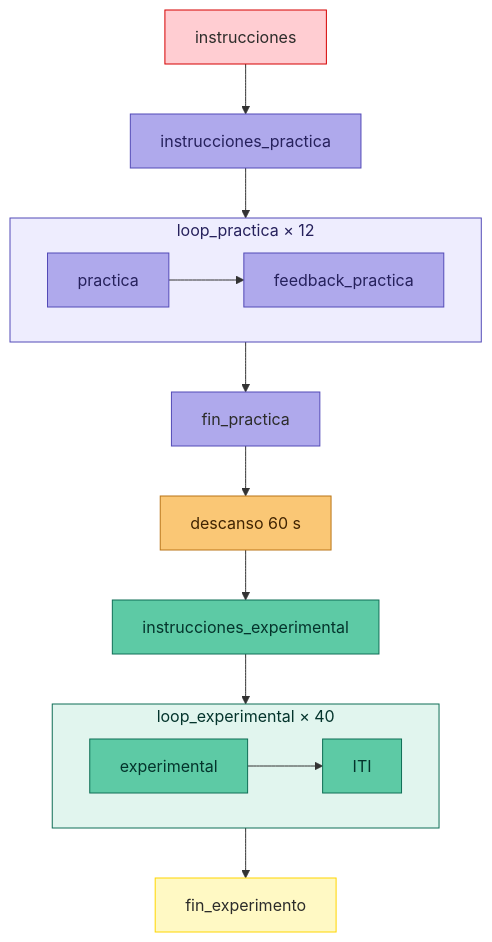
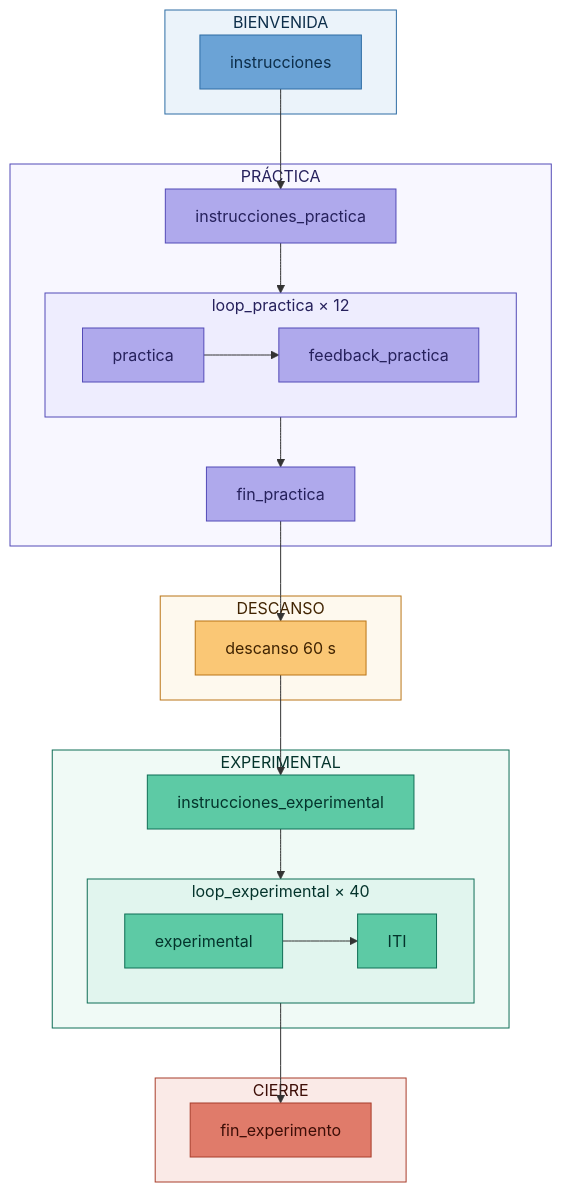
One commit to mlandaf/taller_1_emociones changed the diagram in readme.md. Above: the diagram before and after it, drawn with Mermaid. The commit also changed 1 other file, not shown here.

Commit message:
cambios de diagrama y docs

````diff
--- a/readme.md
+++ b/readme.md
@@ -67,33 +67,50 @@
 ```mermaid
-flowchart TB
- subgraph LP["loop_practica × 12"]
-        FP["feedback_practica"]
-        P["practica"]
-  end
- subgraph LE["loop_experimental × 40"]
-        ITI["ITI"]
-        EX["experimental"]
-  end
-    A["instrucciones"] --> B["instrucciones_practica"]
-    B --> LP
-    P --> FP
-    LP --> C["fin_practica"]
-    C --> D["descanso 60 s"]
-    D --> E["instrucciones_experimental"]
-    E --> LE
-    EX --> ITI
-    LE --> F["fin_experimento"]
+flowchart TD
+    subgraph SB[BIENVENIDA]
+        A[instrucciones]
+    end
+    subgraph SP[PRÁCTICA]
+        B[instrucciones_practica]
+        B --> LP
+        subgraph LP[loop_practica × 12]
+            P[practica] --> FP[feedback_practica]
+        end
+        LP --> C[fin_practica]
+    end
+    subgraph SD[DESCANSO]
+        D[descanso 60 s]
+    end
+    subgraph SE[EXPERIMENTAL]
+        E[instrucciones_experimental]
+        E --> LE
+        subgraph LE[loop_experimental × 40]
+            EX[experimental] --> ITI[ITI]
+        end
+    end
+    subgraph SC[CIERRE]
+        F[fin_experimento]
+    end
 
+    A --> B
+    C --> D
+    D --> E
+    LE --> F
+
+    style A  fill:#6BA3D6,stroke:#2E6DA4,color:#0D2E4A
+    style F  fill:#E07B6A,stroke:#A83D2B,color:#3D0E07
+    style D  fill:#FAC775,stroke:#BA7517,color:#412402
+    style B  fill:#AFA9EC,stroke:#534AB7,color:#26215C
+    style C  fill:#AFA9EC,stroke:#534AB7,color:#26215C
+    style LP fill:#EEEDFE,stroke:#534AB7,color:#26215C
+    style P  fill:#AFA9EC,stroke:#534AB7,color:#26215C
     style FP fill:#AFA9EC,stroke:#534AB7,color:#26215C
-    style P  fill:#AFA9EC,stroke:#534AB7,color:#26215C
-    style ITI fill:#5DCAA5,stroke:#0F6E56,color:#04342C
-    style EX fill:#5DCAA5,stroke:#0F6E56,color:#04342C
-    style A  fill:#D3D1C7,stroke:#D50000,color:#2C2C2A,fill:#FFCDD2
-    style B  fill:#AFA9EC,stroke:#534AB7,color:#26215C
-    style LP fill:#EEEDFE,stroke:#534AB7,color:#26215C
-    style C  fill:#D3D1C7,stroke:#534AB7,color:#2C2C2A,fill:#AFA9EC
-    style D  fill:#FAC775,stroke:#BA7517,color:#412402
     style E  fill:#5DCAA5,stroke:#0F6E56,color:#04342C
     style LE fill:#E1F5EE,stroke:#0F6E56,color:#04342C
-    style F  fill:#D3D1C7,stroke:#FFD600,color:#2C2C2A,fill:#FFF9C4
+    style EX fill:#5DCAA5,stroke:#0F6E56,color:#04342C
+    style ITI fill:#5DCAA5,stroke:#0F6E56,color:#04342C
+    style SB fill:#EBF3FA,stroke:#2E6DA4,color:#0D2E4A
+    style SP fill:#F8F7FF,stroke:#534AB7,color:#26215C
+    style SD fill:#FEF9EE,stroke:#BA7517,color:#412402
+    style SE fill:#F0FAF6,stroke:#0F6E56,color:#04342C
+    style SC fill:#FAEAE7,stroke:#A83D2B,color:#3D0E07
 ```
````
